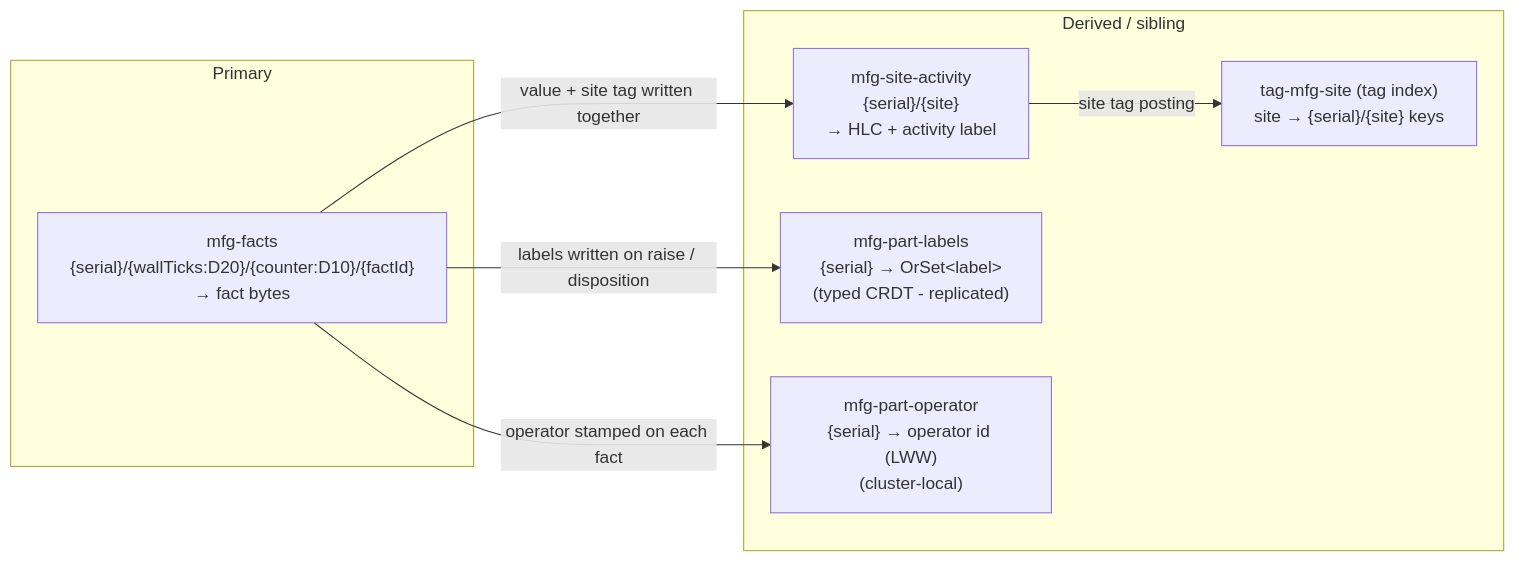
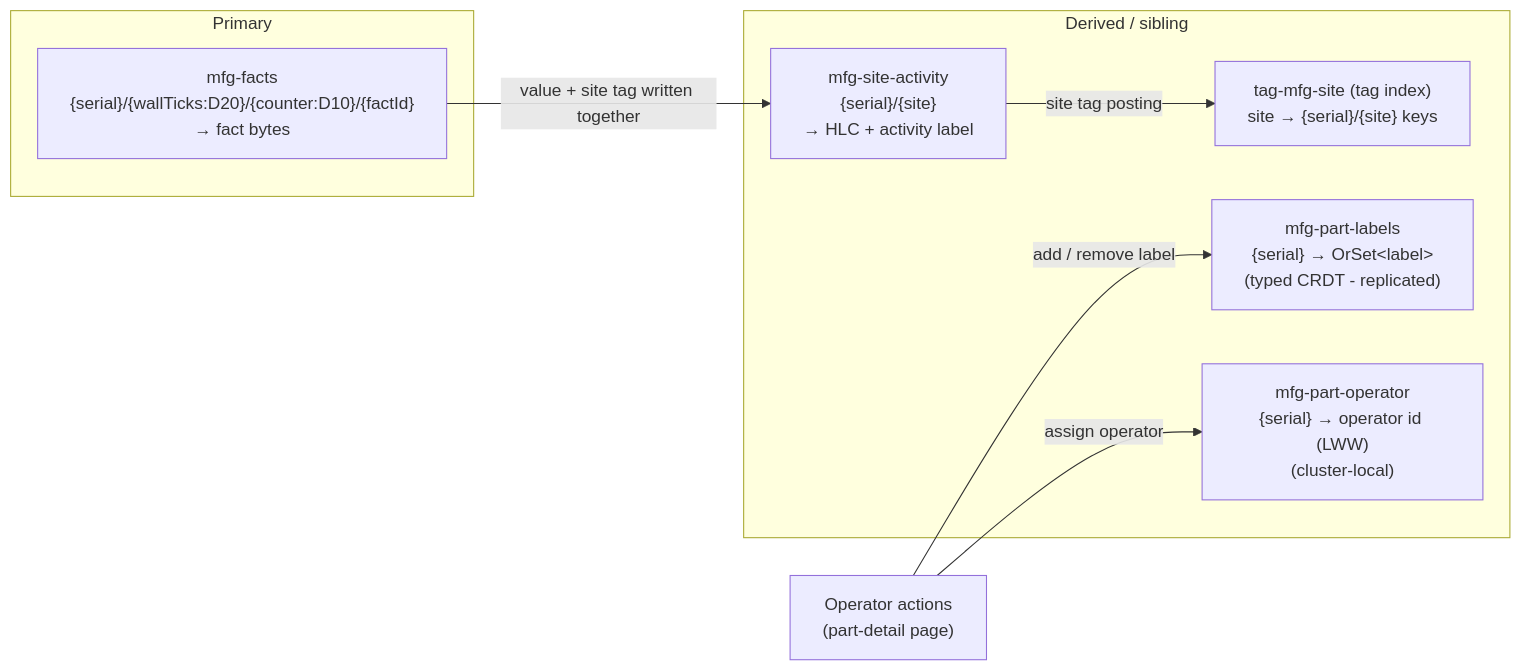
Before and after one commit to NSTA1/Orleans.Lattice: the fourth of 5 diagrams in samples/MultiSiteManufacturing/architecture.md, drawn with Mermaid. The commit also changed other lines of this file and 448 other files, not shown here.

````diff
--- a/samples/MultiSiteManufacturing/architecture.md
+++ b/samples/MultiSiteManufacturing/architecture.md
@@ -274,18 +292,18 @@
 ```mermaid
 flowchart LR
     subgraph primary["Primary"]
         facts["mfg-facts<br/>{serial}/{wallTicks:D20}/{counter:D10}/{factId}<br/>→ fact bytes"]
     end
 
     subgraph derived["Derived / sibling"]
         siteIdx["mfg-site-activity<br/>{serial}/{site}<br/>→ HLC + activity label"]
         siteTag["tag-mfg-site (tag index)<br/>site → {serial}/{site} keys"]
         labels["mfg-part-labels<br/>{serial} → OrSet&lt;label&gt;<br/>(typed CRDT - replicated)"]
         opReg["mfg-part-operator<br/>{serial} → operator id (LWW)<br/>(cluster-local)"]
     end
 
     facts -->|"value + site tag written together"| siteIdx
     siteIdx -->|"site tag posting"| siteTag
-    facts -->|"labels written on raise / disposition"| labels
-    facts -->|"operator stamped on each fact"| opReg
+    ops["Operator actions<br/>(part-detail page)"] -->|"add / remove label"| labels
+    ops -->|"assign operator"| opReg
 ```
````
